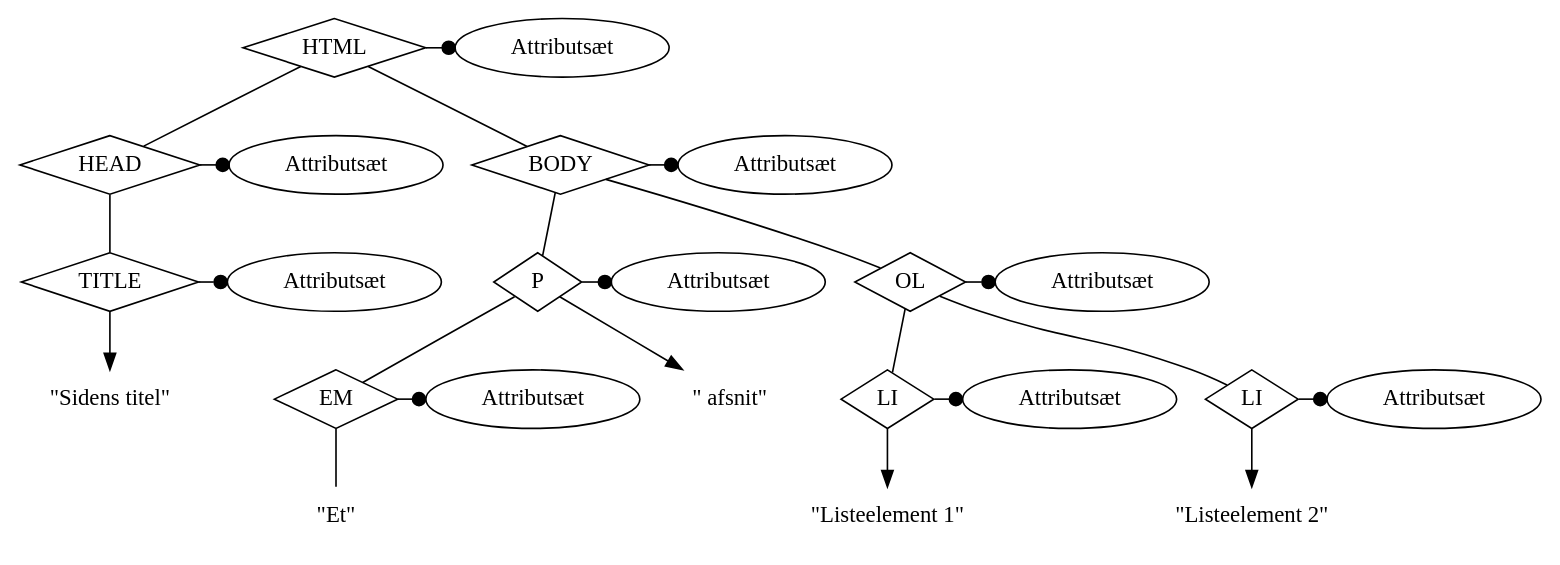
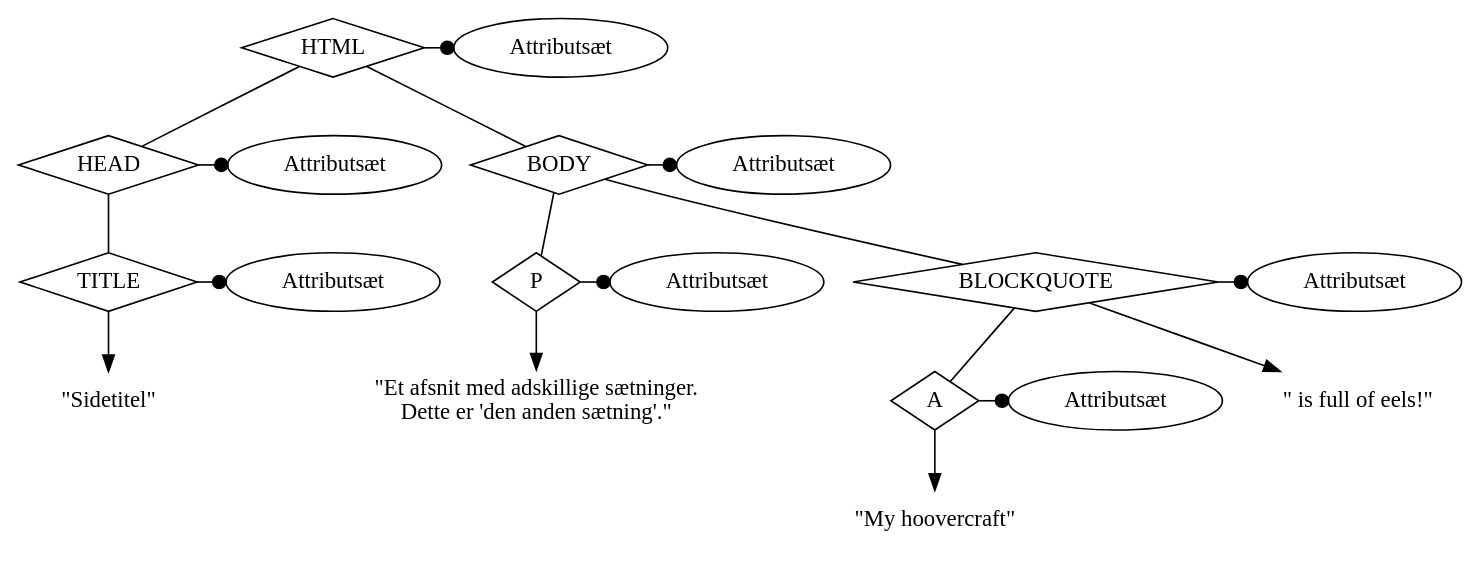
The diagram in rapport/parsetree.dot (athas/webanalyzer), drawn with Graphviz before and after one commit. The commit also changed 4 other files, not shown here.

```diff
--- a/rapport/parsetree.dot
+++ b/rapport/parsetree.dot
@@ -1,69 +1,73 @@
 digraph g
 {
 //size="8,11"
 //margin=5
 //rankdir="LR";
 edge[arrowhead="none"];
 node[shape=diamond];
 //edge[arrowsize=0.7, len=0.7]
 
 HTML[label="HTML"];
 HEAD[label="HEAD"];
 TITLE[label="TITLE"];
-titel[label="\"Sidens titel\"", shape="none"];
 BODY[label="BODY"];
+//H1[label="H1"];
 P[label="P"];
-EM[label="EM"];
-OL[label="OL"];
-LI1[label="LI"];
-LI2[label="LI"];
+//EM[label="EM"];
+BLOCKQUOTE[label="BLOCKQUOTE"];
+A[label="A"];
 
 HTMLattrs[label="Attributsæt", shape="ellipse"];
 HEADattrs[label="Attributsæt", shape="ellipse"];
 TITLEattrs[label="Attributsæt", shape="ellipse"];
 BODYattrs[label="Attributsæt", shape="ellipse"];
 Pattrs[label="Attributsæt", shape="ellipse"];
-Ptekst[label="\" afsnit\"", shape="none"];
-EMattrs[label="Attributsæt", shape="ellipse"];
-EMtekst[label="\"Et\"", shape="none"];
-OLattrs[label="Attributsæt", shape="ellipse"];
-LI1attrs[label="Attributsæt", shape="ellipse"];
-LI1tekst[label="\"Listeelement 1\"", shape="none"];
-LI2attrs[label="Attributsæt", shape="ellipse"];
-LI2tekst[label="\"Listeelement 2\"", shape="none"];
+BLOCKQUOTEattrs[label="Attributsæt", shape="ellipse"];
+Aattrs[label="Attributsæt", shape="ellipse"];
+//EMattrs[label="Attributsæt", shape="ellipse"];
+//H1attrs[label="Attributsæt", shape="ellipse"];
+
+titel[label="\"Sidetitel\"", shape="none"];
+//EMtekst[label="\"Et\"", shape="none"];
+Ptekst[label="\"Et afsnit med adskillige sætninger. \nDette er 'den anden sætning'.\"", shape="none"];
+//H1tekst[label="\"Overskrift\"", shape="none"];
+Atekst[label="\"My hoovercraft\"", shape="none"];
+BLOCKQUOTEtekst[label="\" is full of eels!\"", shape="none"];
+
+
 
 {rank=same; HTML; HTMLattrs;}
 {rank=same; HEAD; HEADattrs;}
 {rank=same; TITLE; TITLEattrs;}
 {rank=same; BODY; BODYattrs;}
 {rank=same; P; Pattrs;}
-{rank=same; EM; EMattrs;}
-{rank=same; OL; OLattrs;}
-{rank=same; LI1; LI1attrs;}
-{rank=same; LI2; LI2attrs;}
+//{rank=same; EM; EMattrs;}
+//{rank=same; H1; H1attrs;}
+{rank=same; BLOCKQUOTE; BLOCKQUOTEattrs;}
+{rank=same; A; Aattrs;}
 
 HTML-> HTMLattrs [arrowhead="dot"];
 HTML -> HEAD;
 HTML -> BODY;
 HEAD -> HEADattrs [arrowhead="dot"];
 HEAD -> TITLE;
 TITLE -> titel [arrowhead="normal"];
 TITLE -> TITLEattrs [arrowhead="dot"];
 BODY -> BODYattrs [arrowhead="dot"];
+//BODY -> H1;
 BODY -> P;
-BODY -> OL;
+BODY -> BLOCKQUOTE;
+//H1 -> H1attrs [arrowhead="dot"];
+//H1 -> H1tekst [arrowhead="normal"];
 P -> Pattrs [arrowhead="dot"];
-P -> EM;
+//P -> EM;
 P -> Ptekst [arrowhead="normal"];
-EM -> EMattrs [arrowhead="dot"];
-EM -> EMtekst;
-OL -> OLattrs [arrowhead="dot"];
-OL -> LI1;
-OL -> LI2;
-LI1 -> LI1attrs [arrowhead="dot"];
-LI1 -> LI1tekst [arrowhead="normal"];
-LI2 -> LI2attrs [arrowhead="dot"];
-LI2 -> LI2tekst [arrowhead="normal"];
-
+//EM -> EMattrs [arrowhead="dot"];
+//EM -> EMtekst;
+BLOCKQUOTE -> BLOCKQUOTEattrs [arrowhead="dot"];
+BLOCKQUOTE -> A;
+A -> Aattrs [arrowhead="dot"];
+A -> Atekst [arrowhead="normal"];
+BLOCKQUOTE -> BLOCKQUOTEtekst [arrowhead="normal"];
 
 }
```
